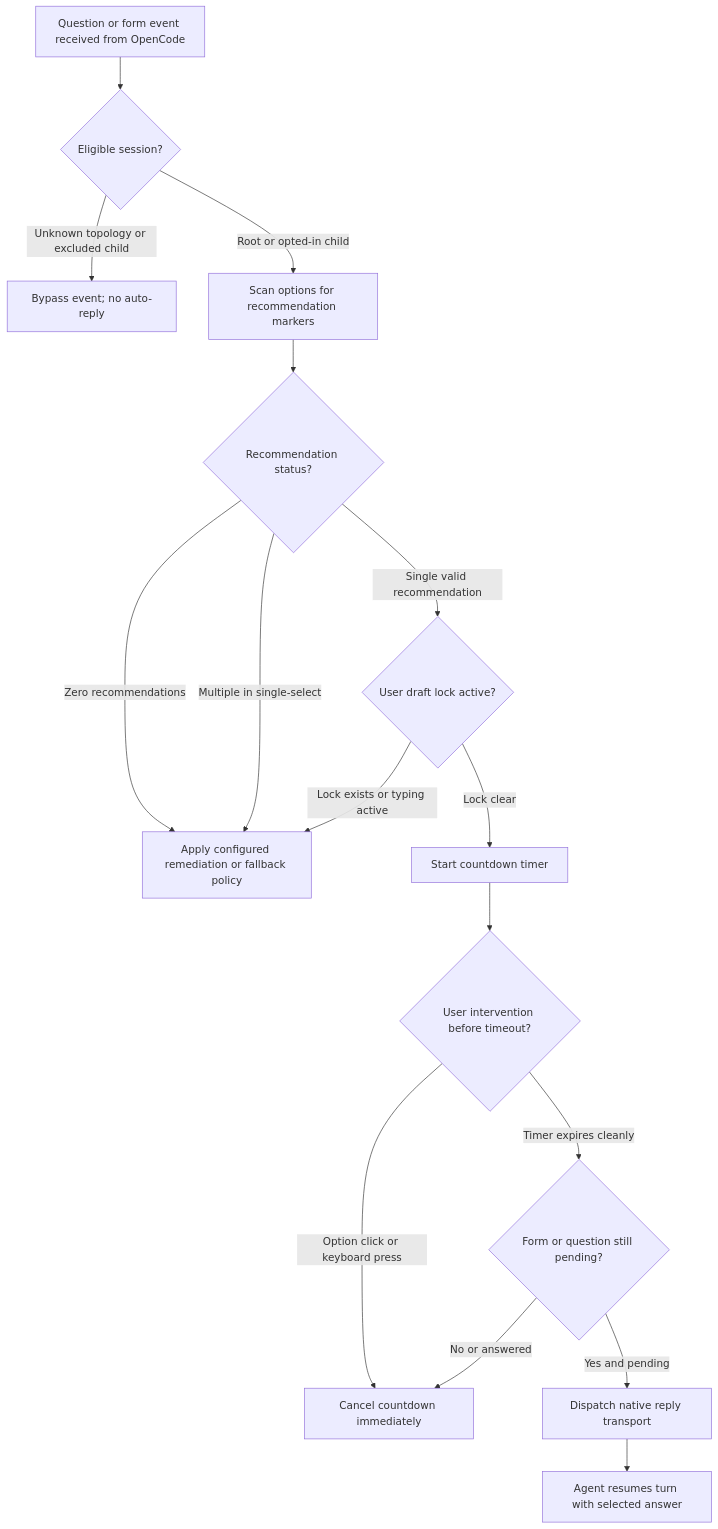
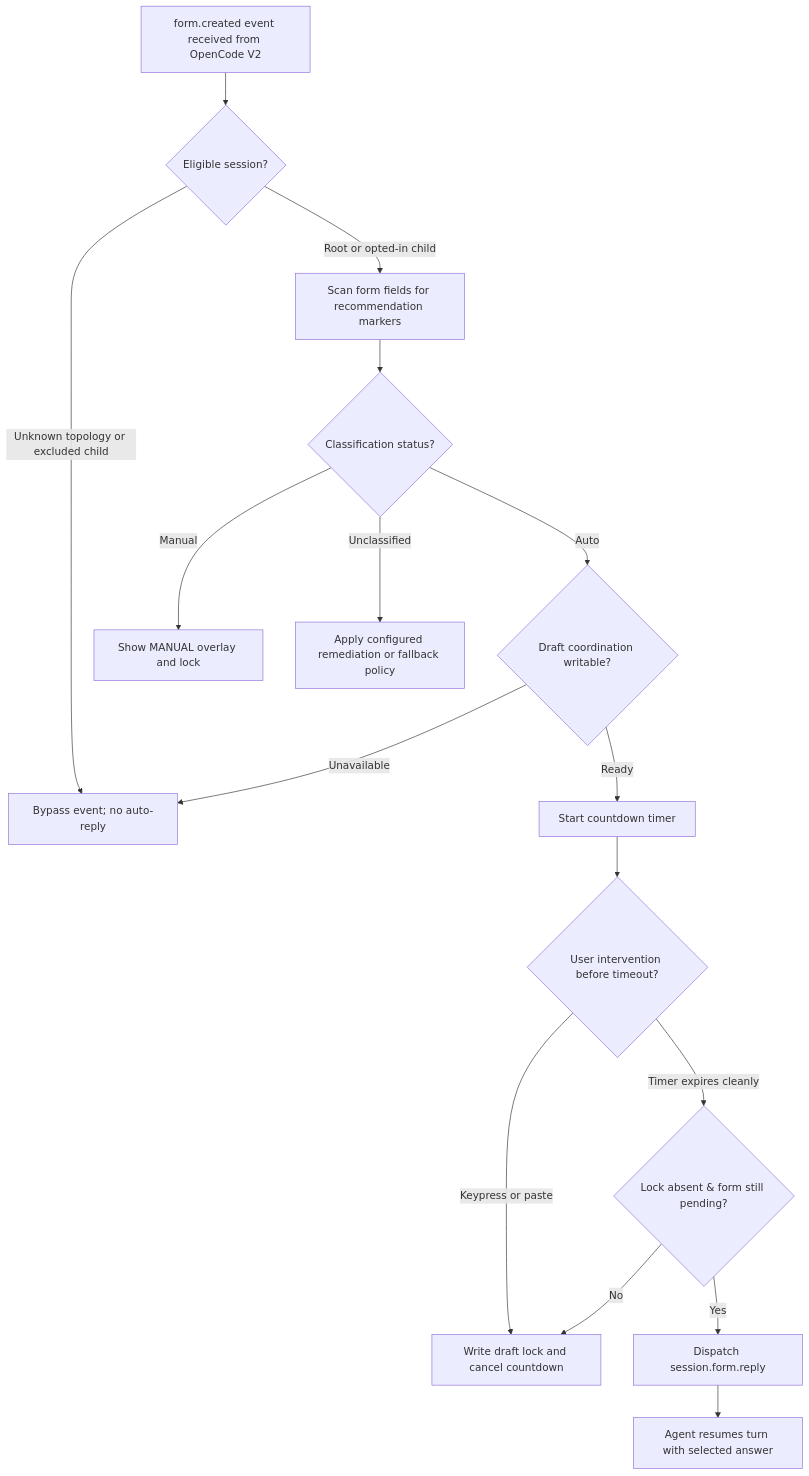
One commit to huseyincig/opencode-smart-questions changed the diagram in README.md. Above: the diagram before and after it, drawn with Mermaid. The commit also changed other lines of this file and 51 other files, not shown here.

Commit message:
feat!: release v1.0.0 for OpenCode V2 and drop V1 support

````diff
--- a/README.md
+++ b/README.md
@@ -127,22 +100,22 @@
 ```mermaid
 flowchart TD
-    Event["Question or form event received from OpenCode"] --> Scope{"Eligible session?"}
+    Event["form.created event received from OpenCode V2"] --> Scope{"Eligible session?"}
     Scope -->|Unknown topology or excluded child| Ignore["Bypass event; no auto-reply"]
-    Scope -->|Root or opted-in child| Detect["Scan options for recommendation markers"]
+    Scope -->|Root or opted-in child| Detect["Scan form fields for recommendation markers"]
 
-    Detect --> DetectCheck{"Recommendation status?"}
-    DetectCheck -->|Zero recommendations| Fallback["Apply configured remediation or fallback policy"]
-    DetectCheck -->|Multiple in single-select| Fallback
-    DetectCheck -->|Single valid recommendation| DraftCheck{"User draft lock active?"}
+    Detect --> DetectCheck{"Classification status?"}
+    DetectCheck -->|Manual| Manual["Show MANUAL overlay and lock"]
+    DetectCheck -->|Unclassified| Fallback["Apply configured remediation or fallback policy"]
+    DetectCheck -->|Auto| DraftCheck{"Draft coordination writable?"}
 
-    DraftCheck -->|Lock exists or typing active| Fallback
-    DraftCheck -->|Lock clear| Timer["Start countdown timer"]
+    DraftCheck -->|Unavailable| Ignore
+    DraftCheck -->|Ready| Timer["Start countdown timer"]
 
     Timer --> Intervene{"User intervention before timeout?"}
-    Intervene -->|Option click or keyboard press| Cancel["Cancel countdown immediately"]
-    Intervene -->|Timer expires cleanly| Recheck{"Form or question still pending?"}
+    Intervene -->|Keypress or paste| Cancel["Write draft lock and cancel countdown"]
+    Intervene -->|Timer expires cleanly| Recheck{"Lock absent & form still pending?"}
 
-    Recheck -->|No or answered| Cancel
-    Recheck -->|Yes and pending| Reply["Dispatch native reply transport"]
+    Recheck -->|No| Cancel
+    Recheck -->|Yes| Reply["Dispatch session.form.reply"]
     Reply --> Complete["Agent resumes turn with selected answer"]
 ```
````
